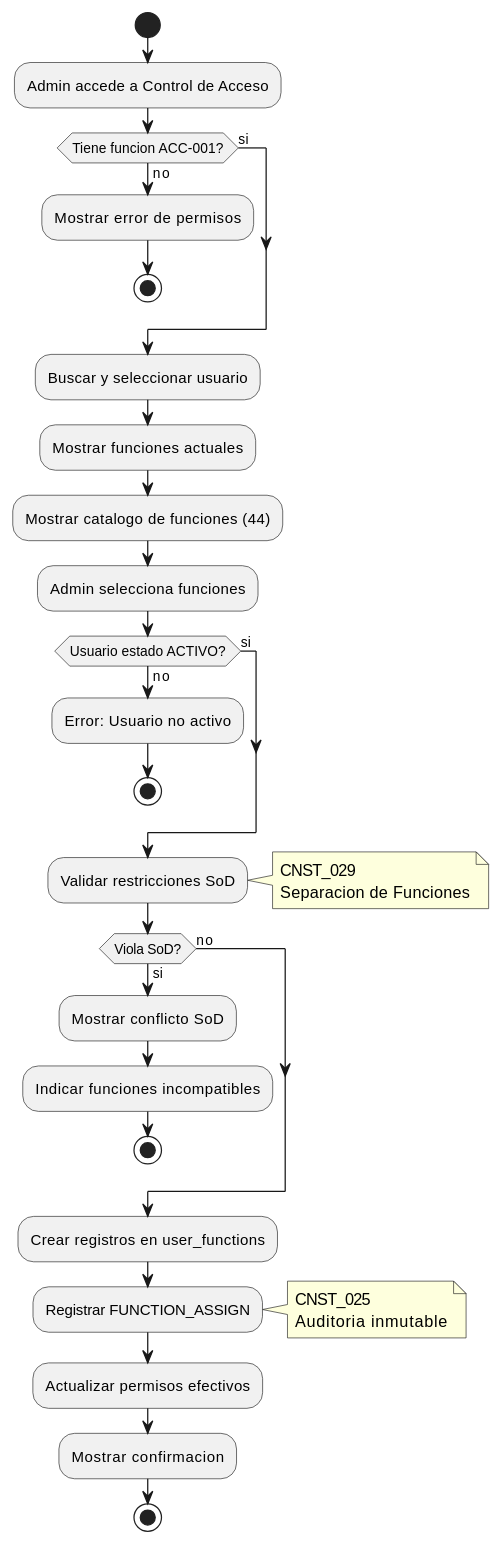
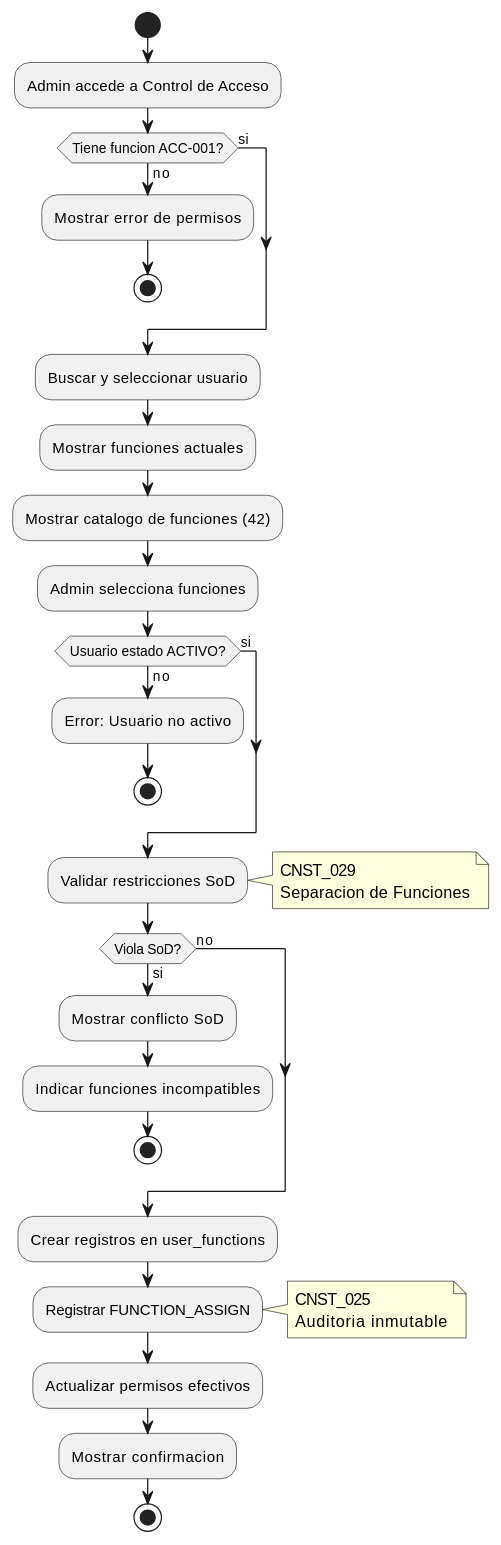
The third of 3 diagrams in source/requisitos/casos_uso/access/UC_ACC_01_Asignar_Funciones.rst (jcg-admin/IACT-docs), drawn with PlantUML before and after one commit. The commit also changed other lines of this file and 8 other files, not shown here.

```diff
--- a/source/requisitos/casos_uso/access/UC_ACC_01_Asignar_Funciones.rst
+++ b/source/requisitos/casos_uso/access/UC_ACC_01_Asignar_Funciones.rst
@@ -416,57 +416,57 @@
 .. uml::
    :caption: Diagrama de Actividad - UC_ACC_01
 
    @startuml
 
    start
 
    :Admin accede a Control de Acceso;
 
    if (Tiene funcion ACC-001?) then (no)
      :Mostrar error de permisos;
      stop
    else (si)
    endif
 
    :Buscar y seleccionar usuario;
 
    :Mostrar funciones actuales;
 
-   :Mostrar catalogo de funciones (44);
+   :Mostrar catalogo de funciones (42);
 
    :Admin selecciona funciones;
 
    if (Usuario estado ACTIVO?) then (no)
      :Error: Usuario no activo;
      stop
    else (si)
    endif
 
    :Validar restricciones SoD;
    note right
      CNST_029
      Separacion de Funciones
    end note
 
    if (Viola SoD?) then (si)
      :Mostrar conflicto SoD;
      :Indicar funciones incompatibles;
      stop
    else (no)
    endif
 
    :Crear registros en user_functions;
 
    :Registrar FUNCTION_ASSIGN;
    note right
      CNST_025
      Auditoria inmutable
    end note
 
    :Actualizar permisos efectivos;
 
    :Mostrar confirmacion;
 
    stop
 
    @enduml
```
